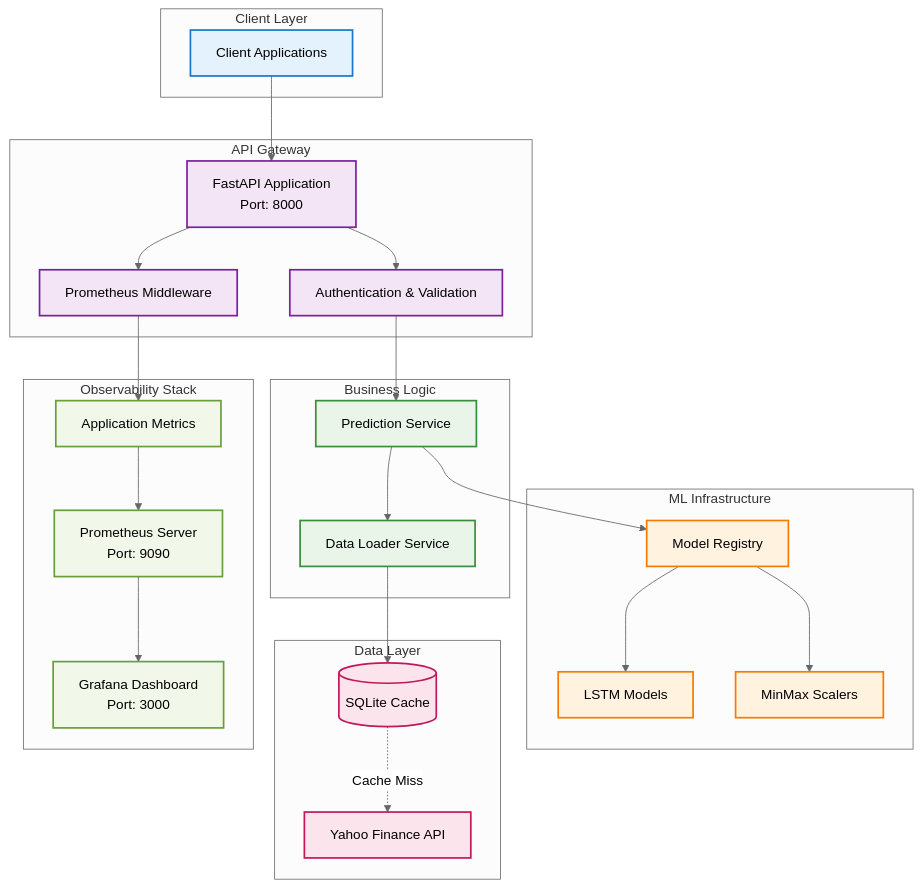
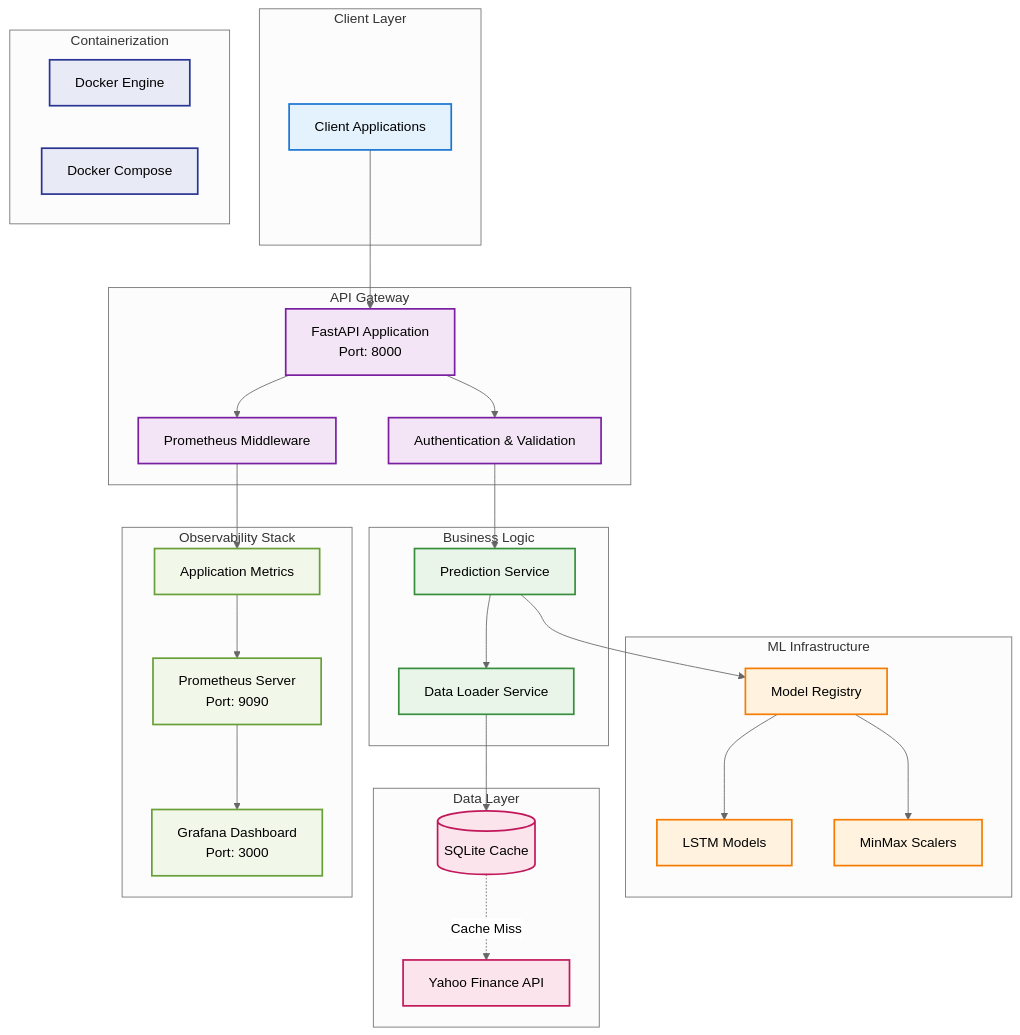
One commit to PauloGuedes2/tech4 changed the first of 4 diagrams in README.md. Above: the diagram before and after it, drawn with Mermaid (neutral theme). The commit also changed other lines of this file, not shown here.

````diff
--- a/README.md
+++ b/README.md
@@ -165,66 +165,73 @@
 ```mermaid
 graph TB
     subgraph "Client Layer"
         Client[Client Applications]
     end
     
     subgraph "API Gateway"
         FastAPI[FastAPI Application<br/>Port: 8000]
         Auth[Authentication & Validation]
         Middleware[Prometheus Middleware]
     end
     
     subgraph "Business Logic"
         PredService[Prediction Service]
         DataLoader[Data Loader Service]
     end
     
     subgraph "ML Infrastructure"
         ModelRegistry[Model Registry]
         LSTMModels[LSTM Models]
         Scalers[MinMax Scalers]
     end
     
     subgraph "Data Layer"
         SQLiteCache[(SQLite Cache)]
         YahooAPI[Yahoo Finance API]
     end
     
     subgraph "Observability Stack"
         Prometheus[Prometheus Server<br/>Port: 9090]
         Grafana[Grafana Dashboard<br/>Port: 3000]
         Metrics[Application Metrics]
     end
     
+    subgraph "Containerization"
+        Docker[Docker Engine]
+        Compose[Docker Compose]
+    end
+    
     Client --> FastAPI
     FastAPI --> Auth
     Auth --> PredService
     FastAPI --> Middleware
     
     PredService --> ModelRegistry
     PredService --> DataLoader
     
     ModelRegistry --> LSTMModels
     ModelRegistry --> Scalers
     
     DataLoader --> SQLiteCache
     SQLiteCache -.->|Cache Miss| YahooAPI
     
     Middleware --> Metrics
     Metrics --> Prometheus
     Prometheus --> Grafana
     
     classDef clientLayer fill:#e3f2fd,stroke:#1976d2,stroke-width:2px
     classDef apiLayer fill:#f3e5f5,stroke:#7b1fa2,stroke-width:2px
     classDef businessLayer fill:#e8f5e8,stroke:#388e3c,stroke-width:2px
     classDef mlLayer fill:#fff3e0,stroke:#f57c00,stroke-width:2px
     classDef dataLayer fill:#fce4ec,stroke:#c2185b,stroke-width:2px
     classDef obsLayer fill:#f1f8e9,stroke:#689f38,stroke-width:2px
+    classDef containerLayer fill:#e8eaf6,stroke:#283593,stroke-width:2px
     
     class Client clientLayer
     class FastAPI,Auth,Middleware apiLayer
     class PredService,DataLoader businessLayer
     class ModelRegistry,LSTMModels,Scalers mlLayer
     class SQLiteCache,YahooAPI dataLayer
     class Prometheus,Grafana,Metrics obsLayer
+    class Docker,Compose containerLayer
 ```
````
